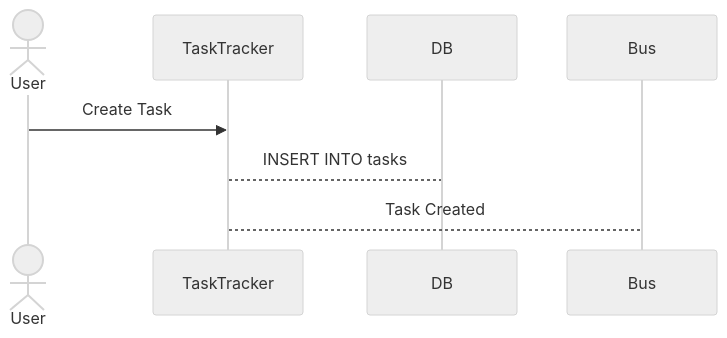
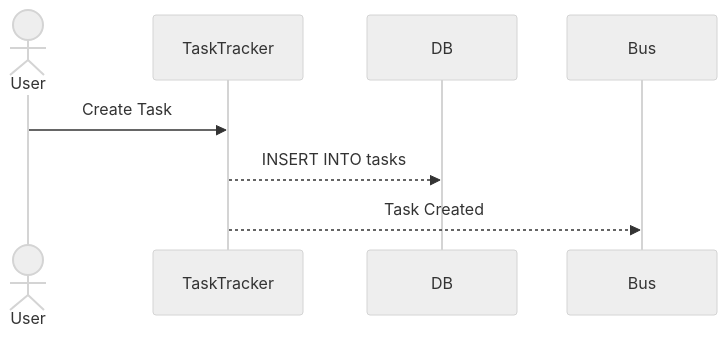
One commit to undying/asynchronous_architecture_course changed the fourth of 19 diagrams in design/homework_01/Readme.md. Above: the diagram before and after it, drawn with Mermaid (neutral theme). The commit also changed other lines of this file, not shown here.

````diff
--- a/design/homework_01/Readme.md
+++ b/design/homework_01/Readme.md
@@ -97,11 +107,11 @@
 ```mermaid
 sequenceDiagram
 Actor User
 Participant TaskTracker
 Participant DB
 Participant Bus
 
 User ->> TaskTracker: Create Task
-TaskTracker --> DB: INSERT INTO tasks
-TaskTracker --> Bus: Task Created
+TaskTracker -->> DB: INSERT INTO tasks
+TaskTracker -->> Bus: Task Created
 ```
````
